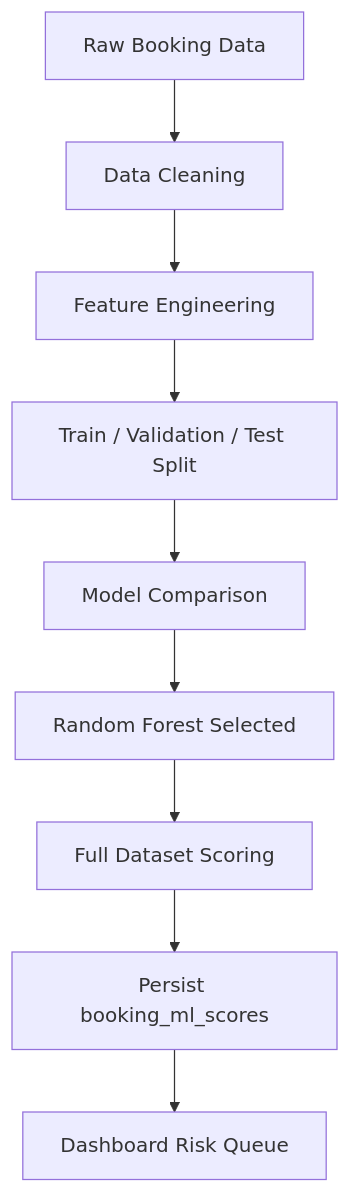
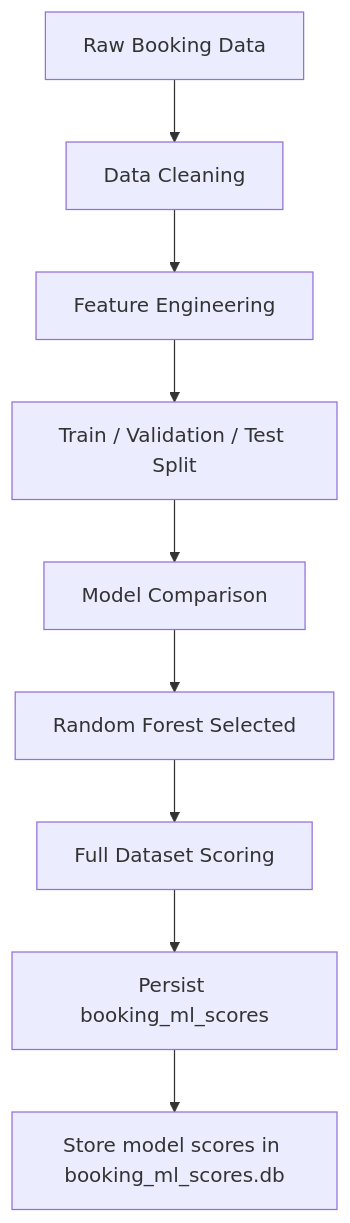
Before and after one commit to baqspaces/hotel-noshow-prediction-llm-agent: the second of 3 diagrams in ARCHITECTURE.md, drawn with Mermaid.

````diff
--- a/ARCHITECTURE.md
+++ b/ARCHITECTURE.md
@@ -29,11 +29,11 @@
 ```mermaid
 flowchart TD
     A[Raw Booking Data] --> B[Data Cleaning]
     B --> C[Feature Engineering]
     C --> D[Train / Validation / Test Split]
     D --> E[Model Comparison]
     E --> F[Random Forest Selected]
     F --> G[Full Dataset Scoring]
     G --> H[Persist booking_ml_scores]
-    H --> I[Dashboard Risk Queue]
+    H --> I[Store model scores in booking_ml_scores.db]
 ```
````
